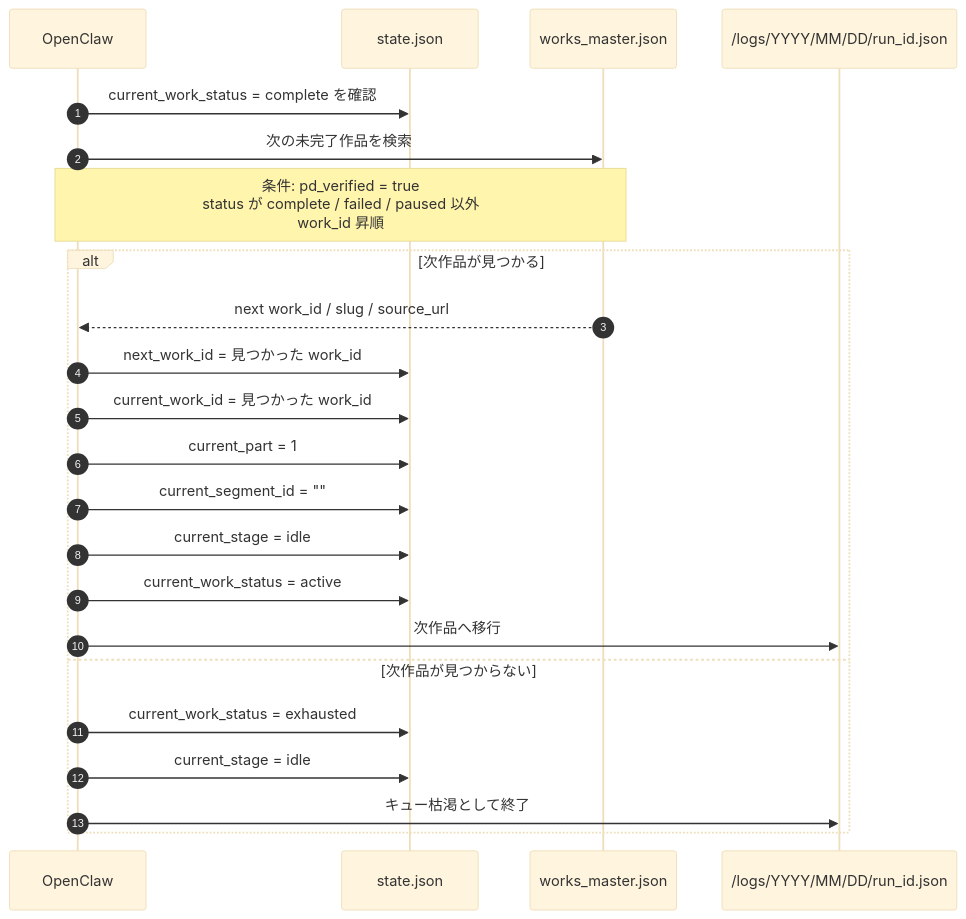
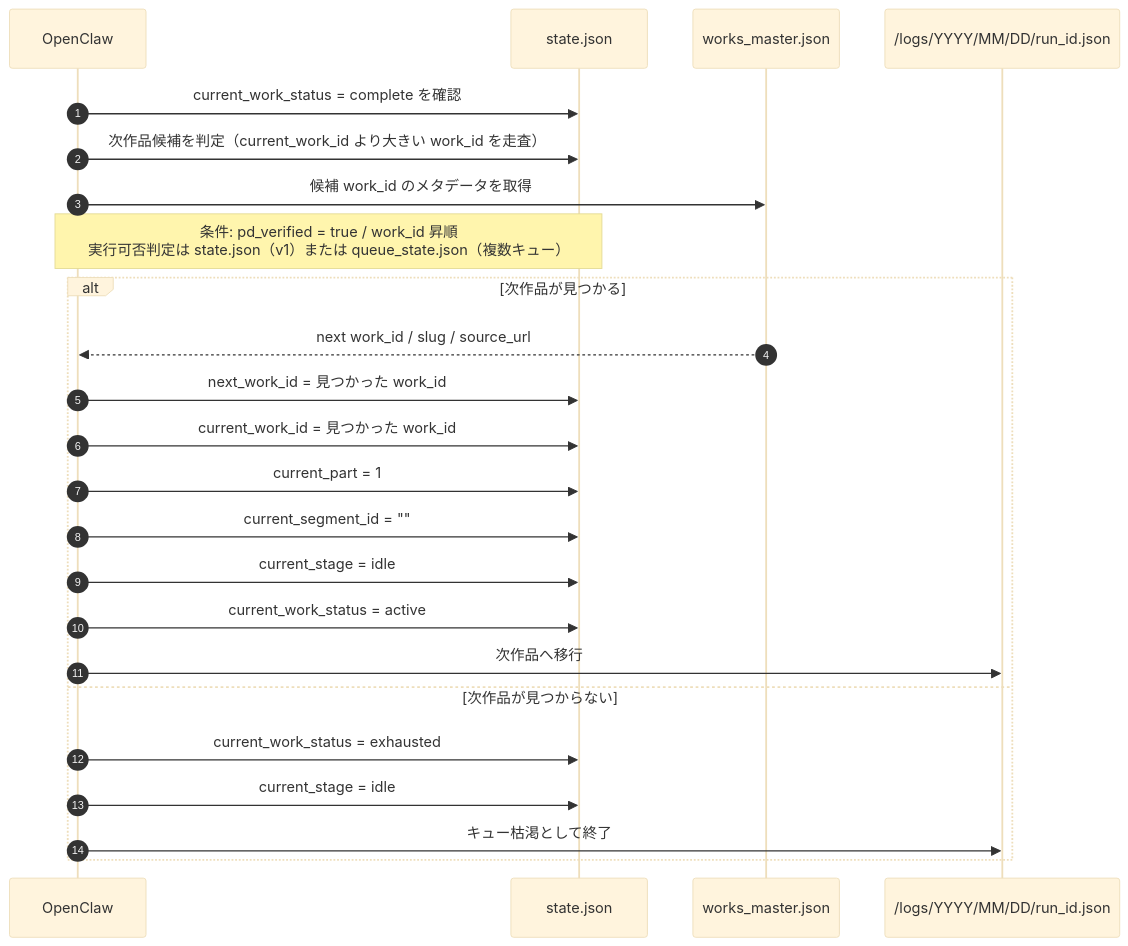
Before and after one commit to garyohosu/WorldClassicsJP: the fifth of 6 diagrams in sequence.md, drawn with Mermaid (base theme). The commit also changed other lines of this file and 11 other files, not shown here.

````diff
--- a/sequence.md
+++ b/sequence.md
@@ -231,27 +231,28 @@
 ```mermaid
 sequenceDiagram
     autonumber
     participant OC as OpenClaw
     participant STATE as state.json
     participant WM as works_master.json
     participant LOG as /logs/YYYY/MM/DD/run_id.json
 
     OC->>STATE: current_work_status = complete を確認
-    OC->>WM: 次の未完了作品を検索
-    Note over OC,WM: 条件: pd_verified = true<br/>status が complete / failed / paused 以外<br/>work_id 昇順
+    OC->>STATE: 次作品候補を判定（current_work_id より大きい work_id を走査）
+    OC->>WM: 候補 work_id のメタデータを取得
+    Note over OC,STATE: 条件: pd_verified = true / work_id 昇順<br/>実行可否判定は state.json（v1）または queue_state.json（複数キュー）
 
     alt 次作品が見つかる
         WM-->>OC: next work_id / slug / source_url
         OC->>STATE: next_work_id = 見つかった work_id
         OC->>STATE: current_work_id = 見つかった work_id
         OC->>STATE: current_part = 1
         OC->>STATE: current_segment_id = ""
         OC->>STATE: current_stage = idle
         OC->>STATE: current_work_status = active
         OC->>LOG: 次作品へ移行
     else 次作品が見つからない
         OC->>STATE: current_work_status = exhausted
         OC->>STATE: current_stage = idle
         OC->>LOG: キュー枯渇として終了
     end
 ```
````
